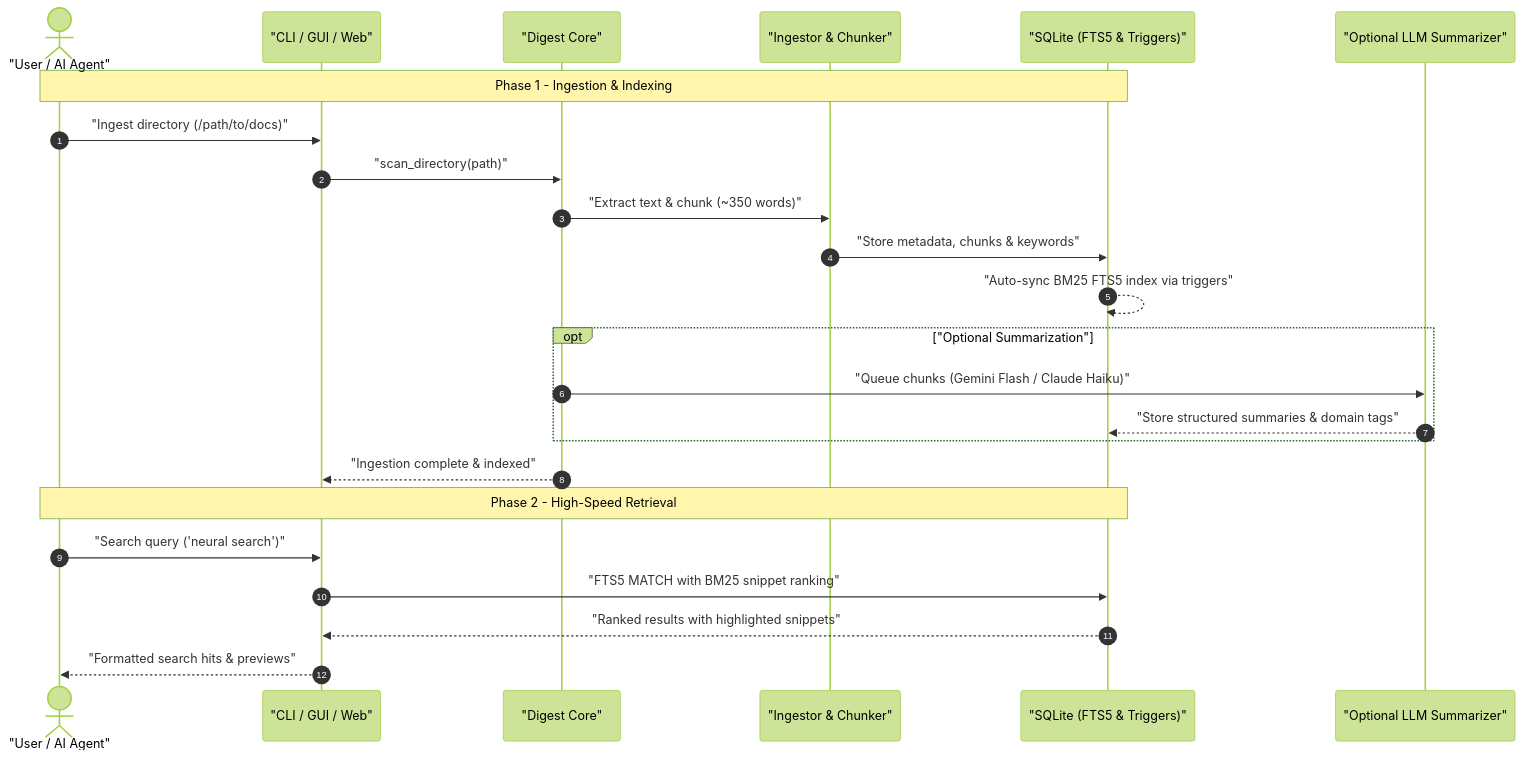
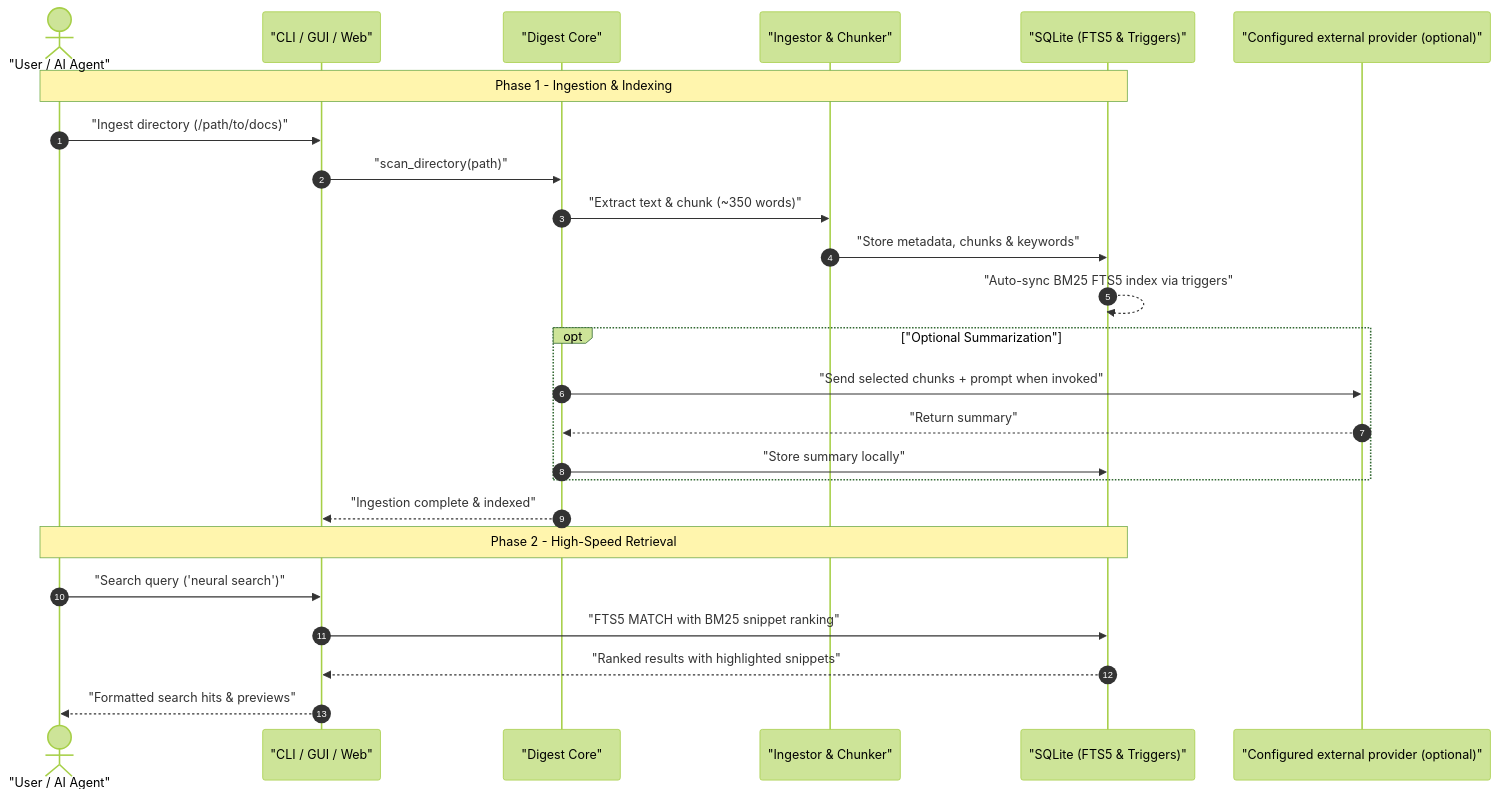
The second of 2 diagrams in README.md (file-bricks/KnowledgeDigest), drawn with Mermaid (forest theme) before and after one commit. The commit also changed other lines of this file and 15 other files, not shown here.

````diff
--- a/README.md
+++ b/README.md
@@ -111,28 +104,29 @@
 ```mermaid
 sequenceDiagram
     autonumber
     actor User as "User / AI Agent"
     participant CLI as "CLI / GUI / Web"
     participant Core as "Digest Core"
     participant Ingest as "Ingestor & Chunker"
     participant DB as "SQLite (FTS5 & Triggers)"
-    participant LLM as "Optional LLM Summarizer"
+    participant LLM as "Configured external provider (optional)"
 
     Note over User,DB: Phase 1 - Ingestion & Indexing
     User->>CLI: "Ingest directory (/path/to/docs)"
     CLI->>Core: "scan_directory(path)"
     Core->>Ingest: "Extract text & chunk (~350 words)"
     Ingest->>DB: "Store metadata, chunks & keywords"
     DB-->>DB: "Auto-sync BM25 FTS5 index via triggers"
     opt "Optional Summarization"
-        Core->>LLM: "Queue chunks (Gemini Flash / Claude Haiku)"
-        LLM-->>DB: "Store structured summaries & domain tags"
+        Core->>LLM: "Send selected chunks + prompt when invoked"
+        LLM-->>Core: "Return summary"
+        Core->>DB: "Store summary locally"
     end
     Core-->>CLI: "Ingestion complete & indexed"
 
     Note over User,DB: Phase 2 - High-Speed Retrieval
     User->>CLI: "Search query ('neural search')"
     CLI->>DB: "FTS5 MATCH with BM25 snippet ranking"
     DB-->>CLI: "Ranked results with highlighted snippets"
     CLI-->>User: "Formatted search hits & previews"
 ```
````
